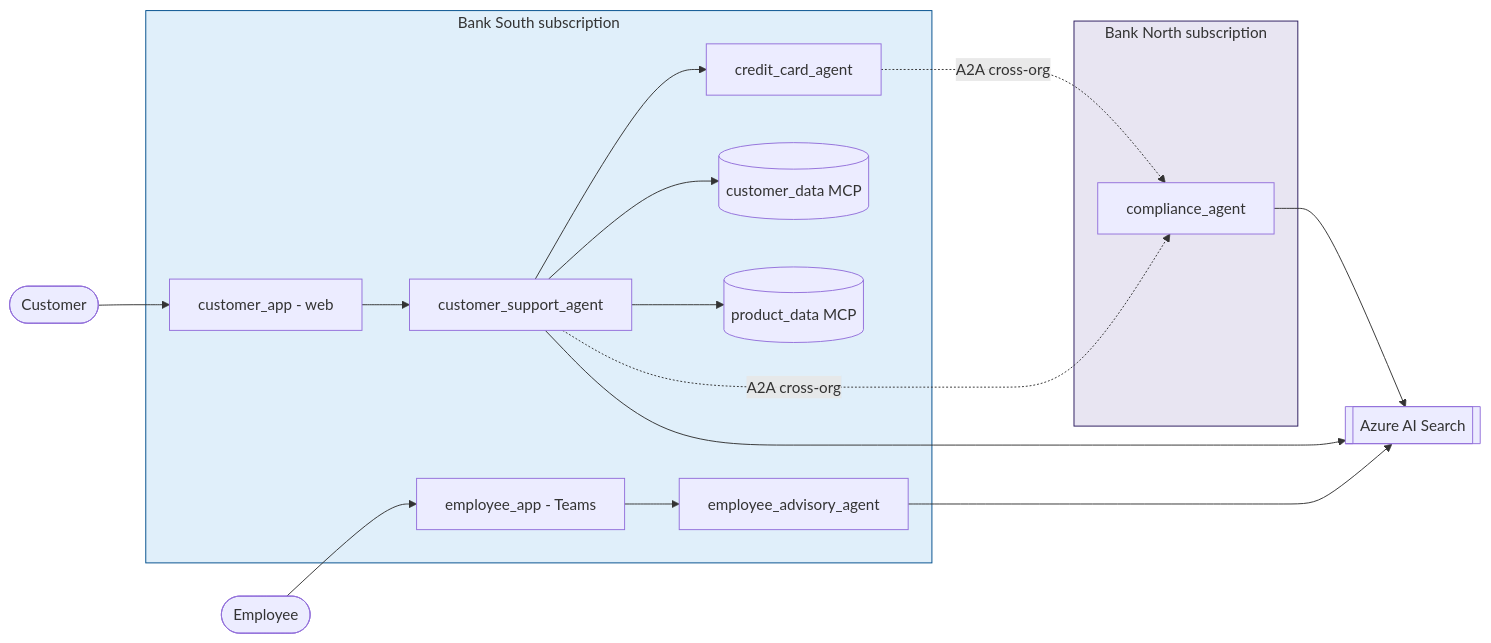
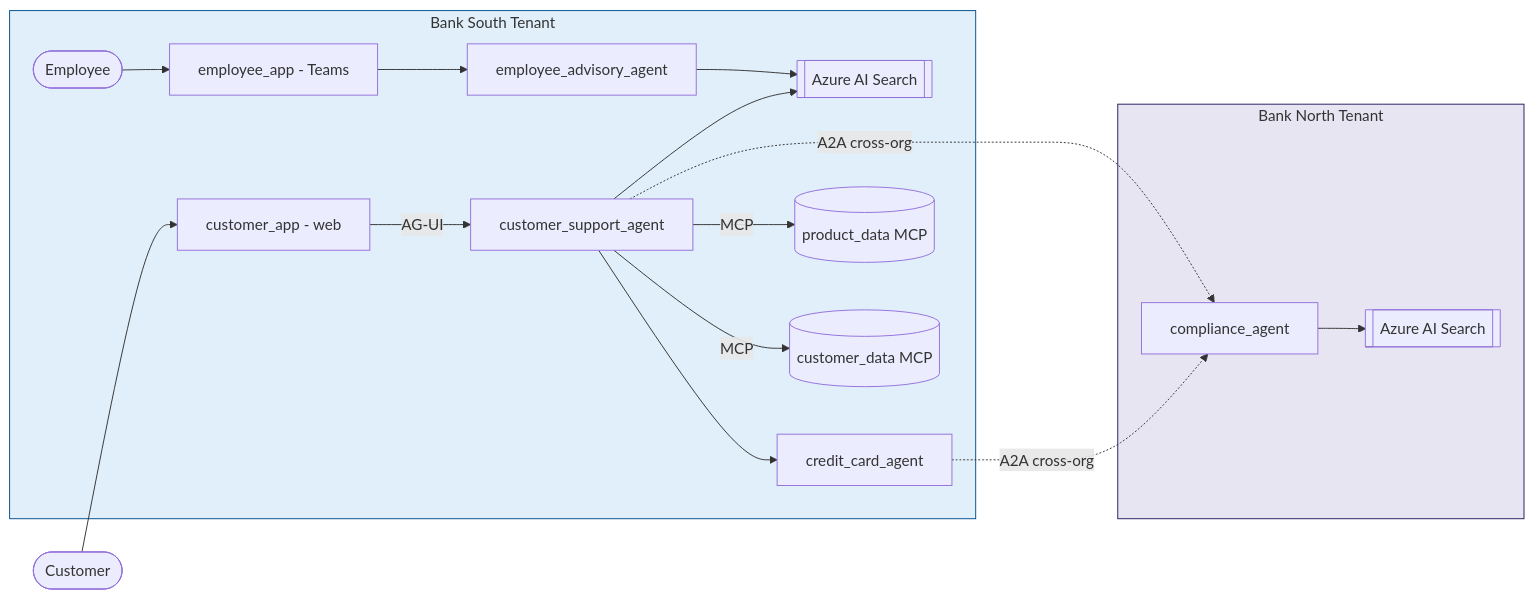
The diagram in README.md (denniszielke/agentic-banking-ecosystem), drawn with Mermaid before and after one commit.

Commit message:
update image

````diff
--- a/README.md
+++ b/README.md
@@ -31,26 +31,28 @@
 ```mermaid
 flowchart LR
     U([Customer]) --> WEB[customer_app - web]
-    E([Employee]) --> TEAMS[employee_app - Teams]
 
-    subgraph South["Bank South subscription"]
-        WEB --> CSA[customer_support_agent]
+    subgraph South["Bank South Tenant"]
+        E([Employee]) --> TEAMS[employee_app - Teams]
+        WEB -->|AG-UI| CSA[customer_support_agent]
         TEAMS --> EAA[employee_advisory_agent]
         CSA --> CCA[credit_card_agent]
-        CSA --> CDATA[(customer_data MCP)]
-        CSA --> PDATA[(product_data MCP)]
+        CSA -->|MCP| CDATA[(customer_data MCP)]
+        CSA -->|MCP| PDATA[(product_data MCP)]
+        SEARCH_S[[Azure AI Search]]
     end
 
-    subgraph North["Bank North subscription"]
+    subgraph North["Bank North Tenant"]
         COMP[compliance_agent]
+        SEARCH_N[[Azure AI Search]]
     end
 
     CSA -. A2A cross-org .-> COMP
     CCA -. A2A cross-org .-> COMP
-    CSA --> SEARCH[[Azure AI Search]]
-    EAA --> SEARCH
-    COMP --> SEARCH
+    CSA --> SEARCH_S
+    EAA --> SEARCH_S
+    COMP --> SEARCH_N
 
     style South fill:#0078D41F,stroke:#004e8c
     style North fill:#4129911F,stroke:#2a1a5e
 ```
````
